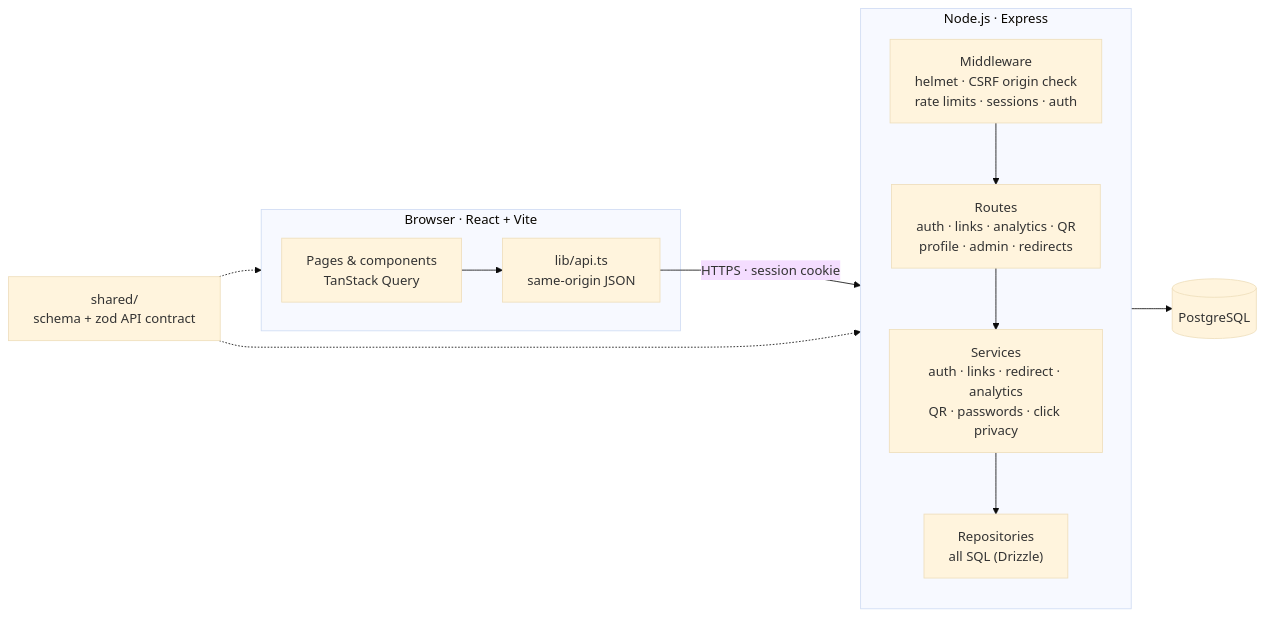
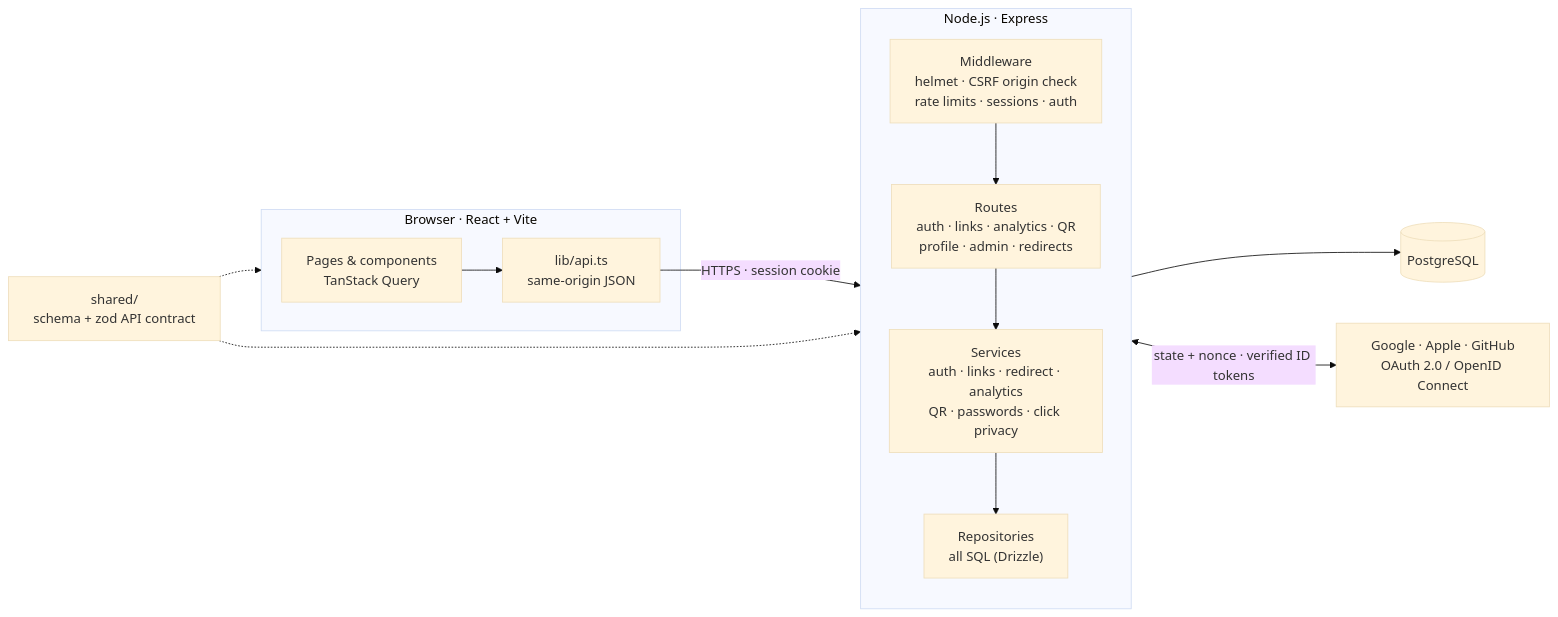
The first of 2 diagrams in README.md (codemarquis/linkfusion), drawn with Mermaid (base theme) before and after one commit. The commit also changed other lines of this file and 6 other files, not shown here.

````diff
--- a/README.md
+++ b/README.md
@@ -19,25 +37,27 @@
 ```mermaid
 flowchart LR
     subgraph client["Browser · React + Vite"]
         ui["Pages & components<br/>TanStack Query"]
         apiClient["lib/api.ts<br/>same-origin JSON"]
         ui --> apiClient
     end
 
     subgraph server["Node.js · Express"]
         direction TB
         mw["Middleware<br/>helmet · CSRF origin check<br/>rate limits · sessions · auth"]
         routes["Routes<br/>auth · links · analytics · QR<br/>profile · admin · redirects"]
         services["Services<br/>auth · links · redirect · analytics<br/>QR · passwords · click privacy"]
         repos["Repositories<br/>all SQL (Drizzle)"]
         mw --> routes --> services --> repos
     end
 
     shared["shared/<br/>schema + zod API contract"]
     pg[("PostgreSQL")]
+    idp["Google · Apple · GitHub<br/>OAuth 2.0 / OpenID Connect"]
 
     apiClient -->|"HTTPS · session cookie"| mw
     repos --> pg
+    routes <-->|"state + nonce · verified ID tokens"| idp
     shared -.-> client
     shared -.-> server
 ```
````
